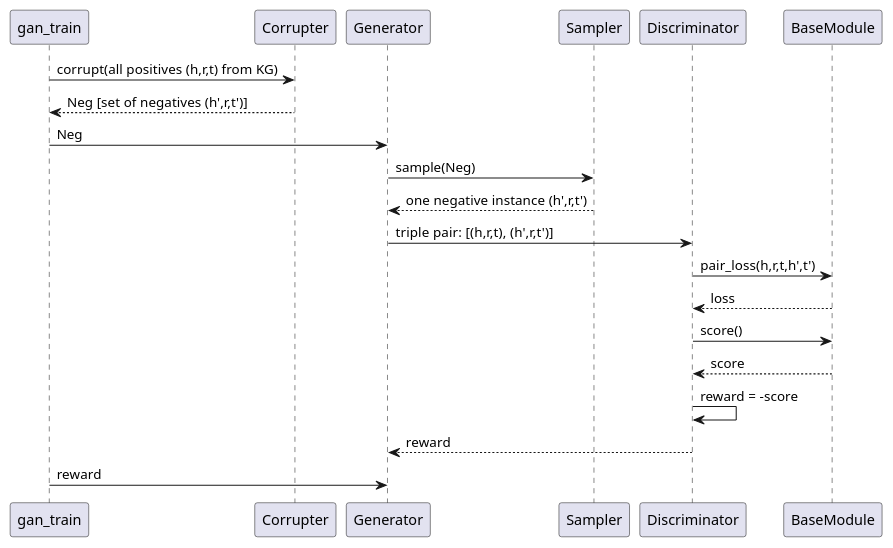
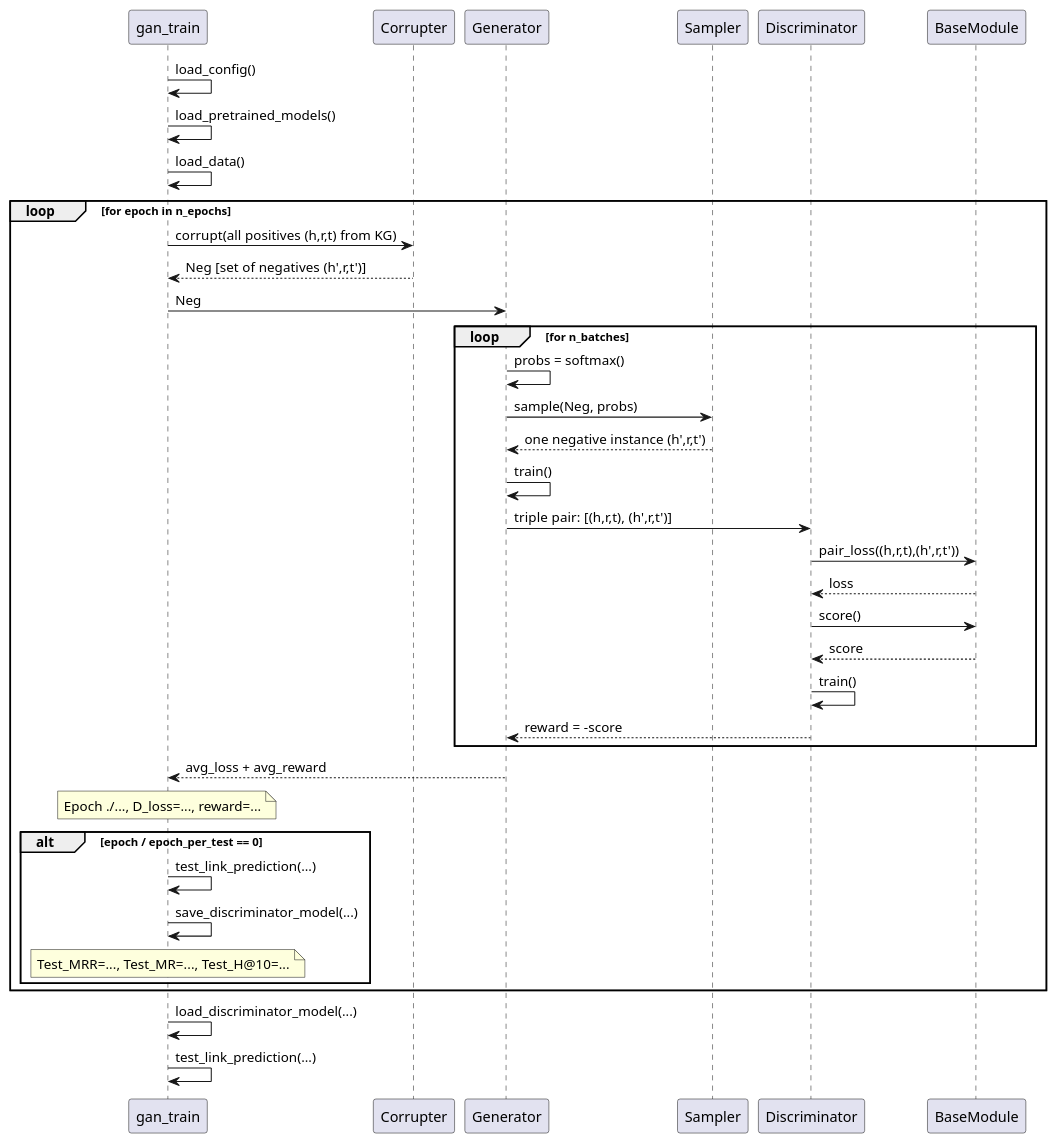
One commit to ChristophSc/master-thesis changed the diagram in Implementation/KBGAN/plant_uml/gan_train_sequencediagram.puml. Above: the diagram before and after it, drawn with PlantUML. The commit also changed 11 other files, not shown here.

```diff
--- a/Implementation/KBGAN/plant_uml/gan_train_sequencediagram.puml
+++ b/Implementation/KBGAN/plant_uml/gan_train_sequencediagram.puml
@@ -1,23 +1,46 @@
-@startuml
+@startuml 
+gan_train -> gan_train: load_config()
+gan_train -> gan_train: load_pretrained_models()
+gan_train -> gan_train: load_data()
 
-gan_train -> Corrupter: corrupt(all positives (h,r,t) from KG)
-gan_train <-- Corrupter: Neg [set of negatives (h',r,t')]
 
-gan_train -> Generator: Neg
+loop for epoch in n_epochs
+    gan_train -> Corrupter: corrupt(all positives (h,r,t) from KG)
+    gan_train <-- Corrupter: Neg [set of negatives (h',r,t')]
 
-Generator -> Sampler: sample(Neg)
-Generator <-- Sampler: one negative instance (h',r,t')
+    gan_train -> Generator: Neg
 
-Generator -> Discriminator: triple pair: [(h,r,t), (h',r,t')]
+    loop for n_batches  
+      Generator -> Generator: probs = softmax()
 
-Discriminator -> BaseModule: pair_loss(h,r,t,h',t')
-Discriminator <-- BaseModule: loss
+      Generator -> Sampler: sample(Neg, probs)
+      Generator <-- Sampler: one negative instance (h',r,t')
+      Generator -> Generator: train()
 
-Discriminator -> BaseModule: score()
-Discriminator <-- BaseModule: score
-Discriminator -> Discriminator: reward = -score
-Generator <-- Discriminator: reward
+      Generator -> Discriminator: triple pair: [(h,r,t), (h',r,t')]
 
-gan_train -> Generator: reward
+      Discriminator -> BaseModule: pair_loss((h,r,t),(h',r,t'))
+      Discriminator <-- BaseModule: loss
+
+      Discriminator -> BaseModule: score()
+      Discriminator <-- BaseModule: score
+
+      Discriminator -> Discriminator: train()
+
+      Generator <-- Discriminator: reward = -score
+    end
+    gan_train <-- Generator:  avg_loss + avg_reward
+
+    note over gan_train: Epoch ./..., D_loss=..., reward=...
+
+    alt epoch / epoch_per_test == 0
+      gan_train->gan_train: test_link_prediction(...)
+      gan_train->gan_train: save_discriminator_model(...)
+      note over gan_train: Test_MRR=..., Test_MR=..., Test_H@10=...
+    end
+end
+
+gan_train->gan_train: load_discriminator_model(...)
+gan_train->gan_train: test_link_prediction(...)
 
 @enduml
```
